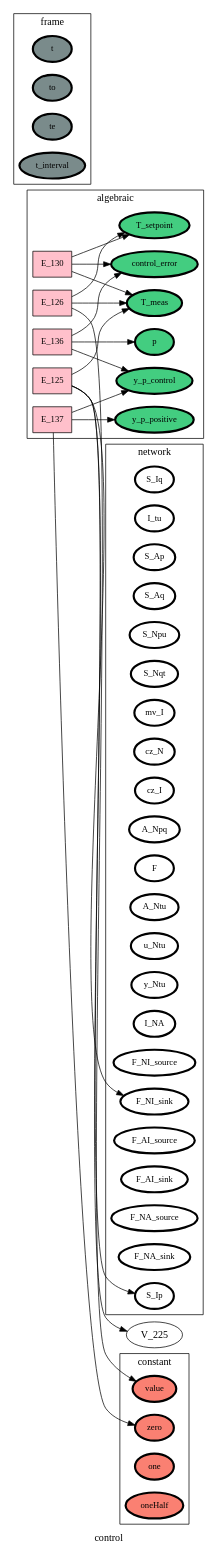
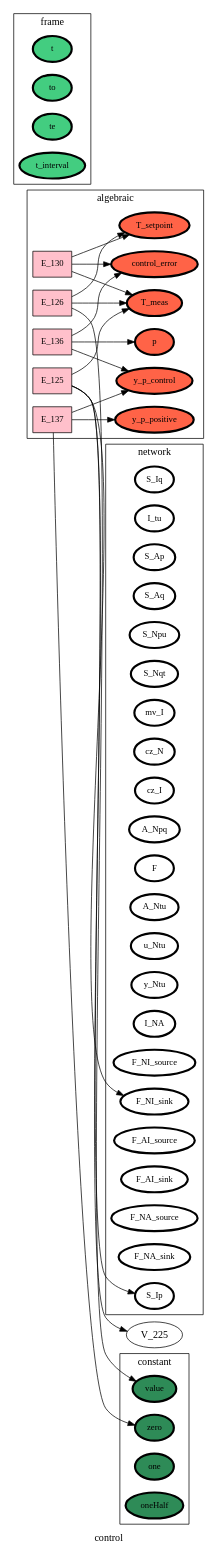
Before and after one commit to heinz-preisig/processes_000_HAP: the diagram in ontology_graphs/graph__control.dot, drawn with Graphviz. The commit also changed 33 other files, not shown here.

```diff
--- a/ontology_graphs/graph__control.dot
+++ b/ontology_graphs/graph__control.dot
@@ -1,106 +1,106 @@
 digraph control {
 label=control;
 rankdir=LR;
 subgraph cluster_control___dataFlow {
 label=dataFlow;
 rankdir=LR;
 }
 
 subgraph cluster_control___input {
 label=input;
 rankdir=LR;
 }
 
 subgraph cluster_control___output {
 label=output;
 rankdir=LR;
 }
 
 subgraph cluster_control___network {
 label=network;
 rankdir=LR;
 V_10 [fillcolor=white, fontsize=12, label=S_Iq, penwidth=3, style=filled];
 V_11 [fillcolor=white, fontsize=12, label=I_tu, penwidth=3, style=filled];
 V_12 [fillcolor=white, fontsize=12, label=S_Ap, penwidth=3, style=filled];
 V_13 [fillcolor=white, fontsize=12, label=S_Aq, penwidth=3, style=filled];
 V_14 [fillcolor=white, fontsize=12, label=S_Npu, penwidth=3, style=filled];
 V_15 [fillcolor=white, fontsize=12, label=S_Nqt, penwidth=3, style=filled];
 V_16 [fillcolor=white, fontsize=12, label=mv_I, penwidth=3, style=filled];
 V_17 [fillcolor=white, fontsize=12, label=cz_N, penwidth=3, style=filled];
 V_18 [fillcolor=white, fontsize=12, label=cz_I, penwidth=3, style=filled];
 V_19 [fillcolor=white, fontsize=12, label=A_Npq, penwidth=3, style=filled];
 V_2 [fillcolor=white, fontsize=12, label=F, penwidth=3, style=filled];
 V_20 [fillcolor=white, fontsize=12, label=A_Ntu, penwidth=3, style=filled];
 V_21 [fillcolor=white, fontsize=12, label=u_Ntu, penwidth=3, style=filled];
 V_22 [fillcolor=white, fontsize=12, label=y_Ntu, penwidth=3, style=filled];
 V_27 [fillcolor=white, fontsize=12, label=I_NA, penwidth=3, style=filled];
 V_3 [fillcolor=white, fontsize=12, label=F_NI_source, penwidth=3, style=filled];
 V_4 [fillcolor=white, fontsize=12, label=F_NI_sink, penwidth=3, style=filled];
 V_5 [fillcolor=white, fontsize=12, label=F_AI_source, penwidth=3, style=filled];
 V_6 [fillcolor=white, fontsize=12, label=F_AI_sink, penwidth=3, style=filled];
 V_7 [fillcolor=white, fontsize=12, label=F_NA_source, penwidth=3, style=filled];
 V_8 [fillcolor=white, fontsize=12, label=F_NA_sink, penwidth=3, style=filled];
 V_9 [fillcolor=white, fontsize=12, label=S_Ip, penwidth=3, style=filled];
 }
 
 subgraph cluster_control___frame {
 label=frame;
 rankdir=LR;
-V_1 [fillcolor=lightcyan4, fontsize=12, label=t, penwidth=3, style=filled];
-V_105 [fillcolor=lightcyan4, fontsize=12, label=to, penwidth=3, style=filled];
-V_106 [fillcolor=lightcyan4, fontsize=12, label=te, penwidth=3, style=filled];
-V_107 [fillcolor=lightcyan4, fontsize=12, label=t_interval, penwidth=3, style=filled];
+V_1 [fillcolor=seagreen3, fontsize=12, label=t, penwidth=3, style=filled];
+V_105 [fillcolor=seagreen3, fontsize=12, label=to, penwidth=3, style=filled];
+V_106 [fillcolor=seagreen3, fontsize=12, label=te, penwidth=3, style=filled];
+V_107 [fillcolor=seagreen3, fontsize=12, label=t_interval, penwidth=3, style=filled];
 }
 
 subgraph cluster_control___state {
 label=state;
 rankdir=LR;
 }
 
 subgraph cluster_control___constant {
 label=constant;
 rankdir=LR;
-V_101 [fillcolor=salmon, fontsize=12, label=value, penwidth=3, style=filled];
-V_102 [fillcolor=salmon, fontsize=12, label=zero, penwidth=3, style=filled];
-V_103 [fillcolor=salmon, fontsize=12, label=one, penwidth=3, style=filled];
-V_104 [fillcolor=salmon, fontsize=12, label=oneHalf, penwidth=3, style=filled];
+V_101 [fillcolor=seagreen, fontsize=12, label=value, penwidth=3, style=filled];
+V_102 [fillcolor=seagreen, fontsize=12, label=zero, penwidth=3, style=filled];
+V_103 [fillcolor=seagreen, fontsize=12, label=one, penwidth=3, style=filled];
+V_104 [fillcolor=seagreen, fontsize=12, label=oneHalf, penwidth=3, style=filled];
 }
 
 subgraph cluster_control___diffState {
 label=diffState;
 rankdir=LR;
 }
 
 E_125 -> V_225  [splines=ortho];
 E_125 -> V_4  [splines=ortho];
 E_125 -> V_9  [splines=ortho];
 E_126 -> V_101  [splines=ortho];
 E_126 -> V_226  [splines=ortho];
 E_130 -> V_226  [splines=ortho];
 E_130 -> V_227  [splines=ortho];
 E_136 -> V_231  [splines=ortho];
 E_136 -> V_237  [splines=ortho];
 E_137 -> V_102  [splines=ortho];
 E_137 -> V_238  [splines=ortho];
 subgraph cluster_control___algebraic {
 label=algebraic;
 rankdir=LR;
-V_226 [fillcolor=seagreen3, fontsize=12, label=T_meas, penwidth=3, style=filled];
-V_227 [fillcolor=seagreen3, fontsize=12, label=T_setpoint, penwidth=3, style=filled];
-V_231 [fillcolor=seagreen3, fontsize=12, label=control_error, penwidth=3, style=filled];
-V_237 [fillcolor=seagreen3, fontsize=12, label=p, penwidth=3, style=filled];
-V_238 [fillcolor=seagreen3, fontsize=12, label=y_p_control, penwidth=3, style=filled];
-V_239 [fillcolor=seagreen3, fontsize=12, label=y_p_positive, penwidth=3, style=filled];
+V_226 [fillcolor=tomato, fontsize=12, label=T_meas, penwidth=3, style=filled];
+V_227 [fillcolor=tomato, fontsize=12, label=T_setpoint, penwidth=3, style=filled];
+V_231 [fillcolor=tomato, fontsize=12, label=control_error, penwidth=3, style=filled];
+V_237 [fillcolor=tomato, fontsize=12, label=p, penwidth=3, style=filled];
+V_238 [fillcolor=tomato, fontsize=12, label=y_p_control, penwidth=3, style=filled];
+V_239 [fillcolor=tomato, fontsize=12, label=y_p_positive, penwidth=3, style=filled];
 E_125 [fillcolor=pink, fontsize=12, shape=box, style=filled];
 E_125 -> V_226  [splines=ortho];
 E_126 [fillcolor=pink, fontsize=12, shape=box, style=filled];
 E_126 -> V_227  [splines=ortho];
 E_130 [fillcolor=pink, fontsize=12, shape=box, style=filled];
 E_130 -> V_231  [splines=ortho];
 E_136 [fillcolor=pink, fontsize=12, shape=box, style=filled];
 E_136 -> V_238  [splines=ortho];
 E_137 [fillcolor=pink, fontsize=12, shape=box, style=filled];
 E_137 -> V_239  [splines=ortho];
 }
 
 }
```
